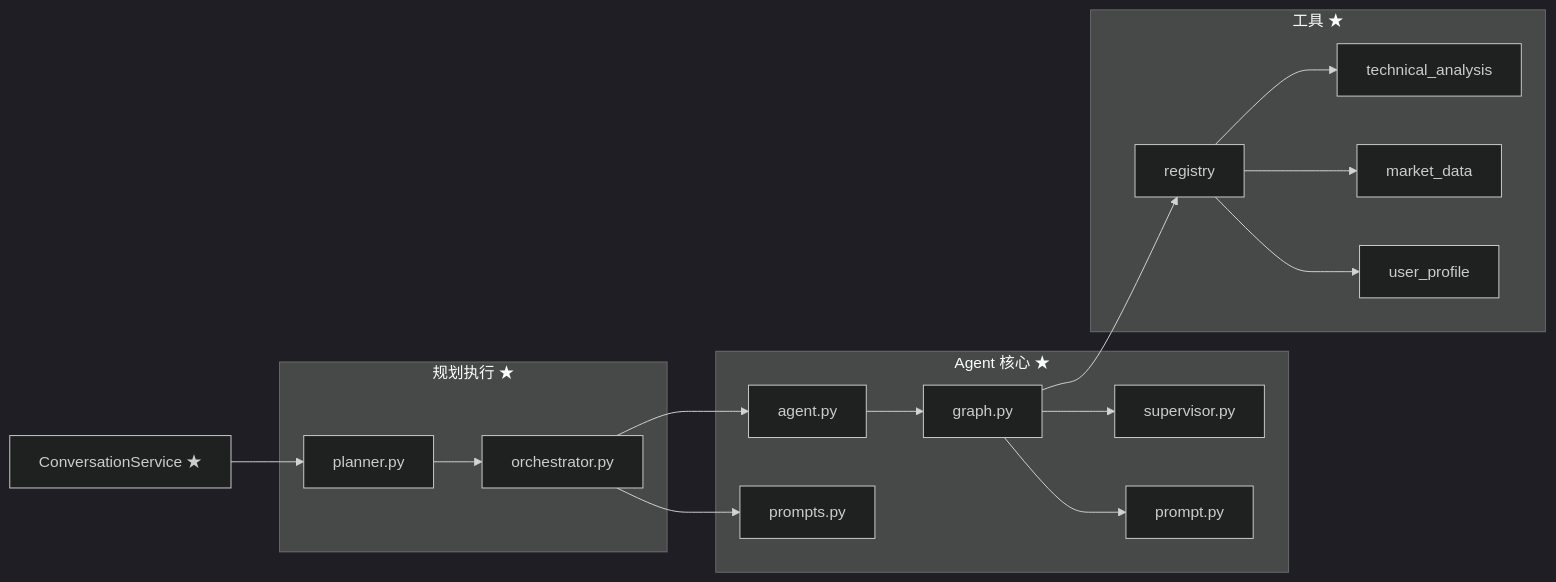
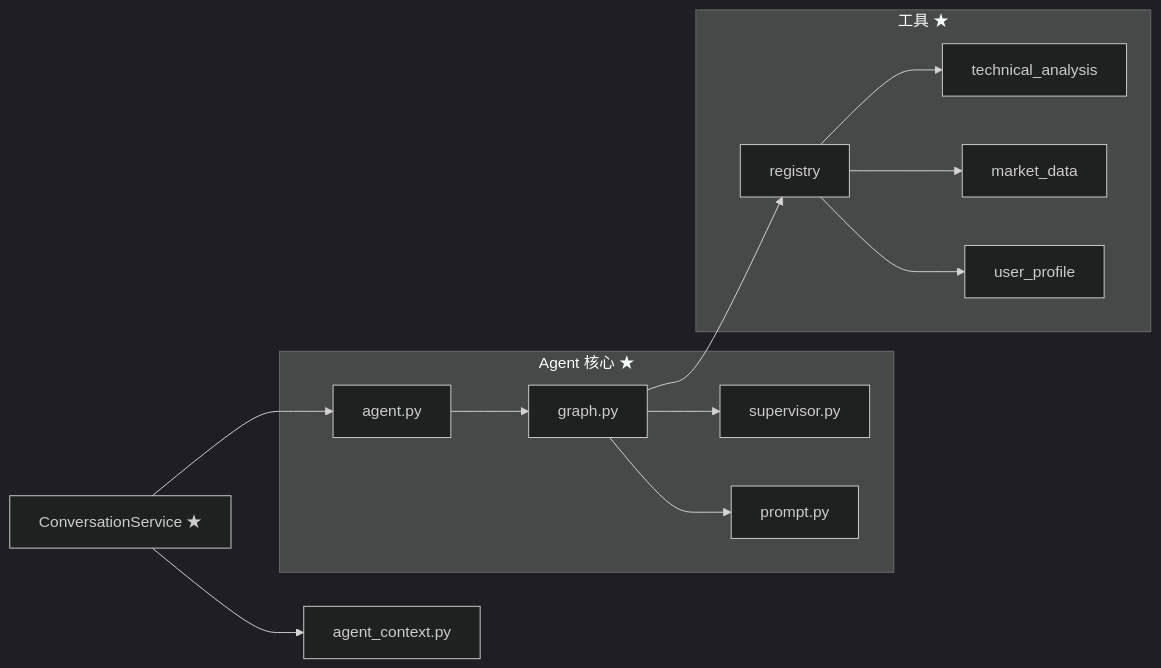
One commit to 7Gosts/MarketAssAgent changed the third of 4 diagrams in docs/00_PROJECT_ARCHITECTURE.md. Above: the diagram before and after it, drawn with Mermaid (dark theme). The commit also changed other lines of this file and 41 other files, not shown here.

Commit message:
refactor: finalize direct-context flow and compact analysis outputs

````diff
--- a/docs/00_PROJECT_ARCHITECTURE.md
+++ b/docs/00_PROJECT_ARCHITECTURE.md
@@ -183,29 +169,23 @@
 ```mermaid
 flowchart LR
     subgraph CoreAgent["Agent 核心 ★"]
         A[agent.py]
         G[graph.py]
         S[supervisor.py]
         P1[prompt.py]
-        P2[prompts.py]
-    end
-
-    subgraph PlanExec["规划执行 ★"]
-        PL[planner.py]
-        OR[orchestrator.py]
     end
 
     subgraph ToolsLayer["工具 ★"]
         TA[technical_analysis]
         MD[market_data]
         UP[user_profile]
         REG[registry]
     end
 
-    CS[ConversationService ★] --> PL --> OR --> A
+    CS[ConversationService ★] --> A
     A --> G --> REG
     REG --> TA & MD & UP
     G --> S
-    OR --> P2
     G --> P1
+    CS --> AC[agent_context.py]
 ```
````
